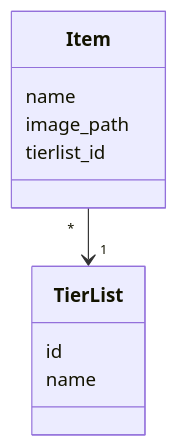
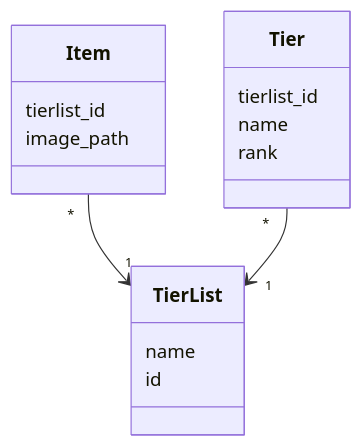
One commit to fialco/ot-harjoitustyo changed the first of 2 diagrams in tier-list-app/dokumentaatio/arkkitehtuuri.md. Above: the diagram before and after it, drawn with Mermaid. The commit also changed other lines of this file and 5 other files, not shown here.

````diff
--- a/tier-list-app/dokumentaatio/arkkitehtuuri.md
+++ b/tier-list-app/dokumentaatio/arkkitehtuuri.md
@@ -5,14 +5,19 @@
 ```mermaid
 classDiagram
     class Item {
+        tierlist_id
+        image_path
+    }
+    class Tier {
+        tierlist_id
         name
-        image_path
-        tierlist_id
+        rank
     }
     class TierList {
+        name
         id
-        name
     }
 
     Item "*" --> "1" TierList
+    Tier "*" --> "1" TierList
 ```
````
